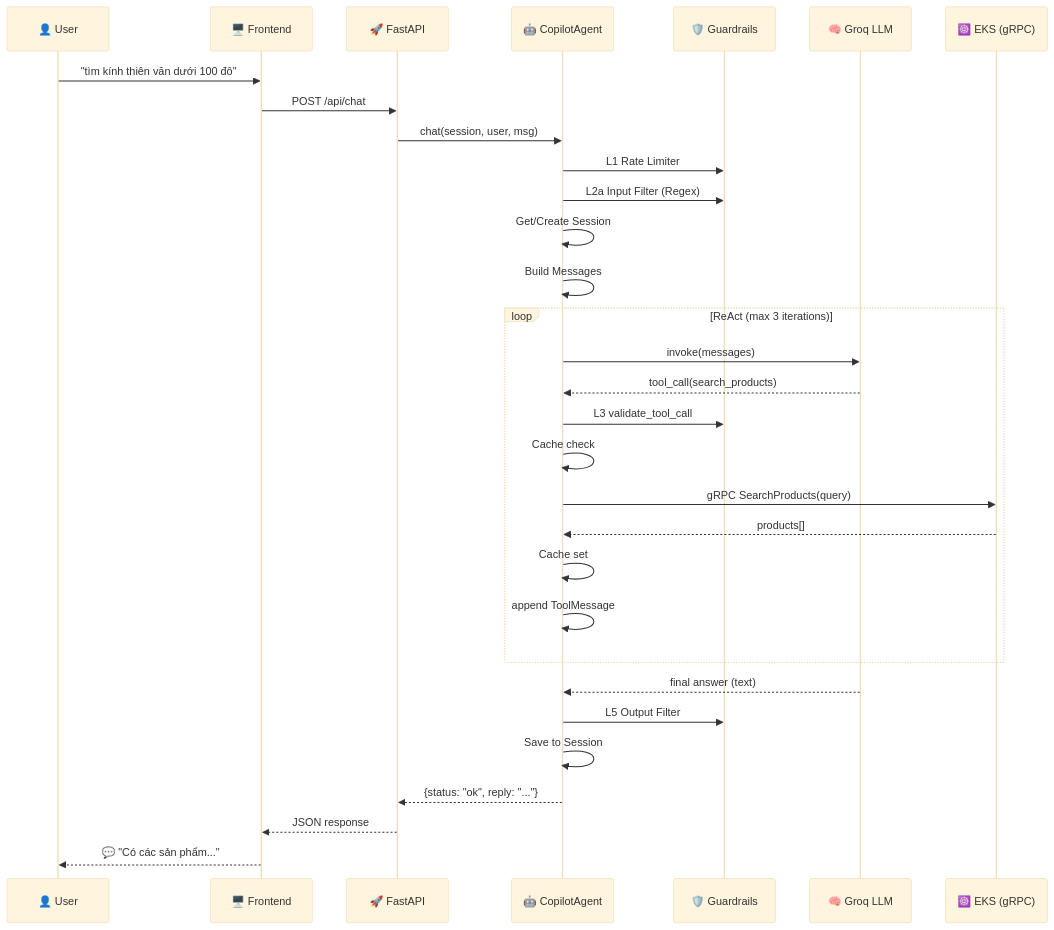
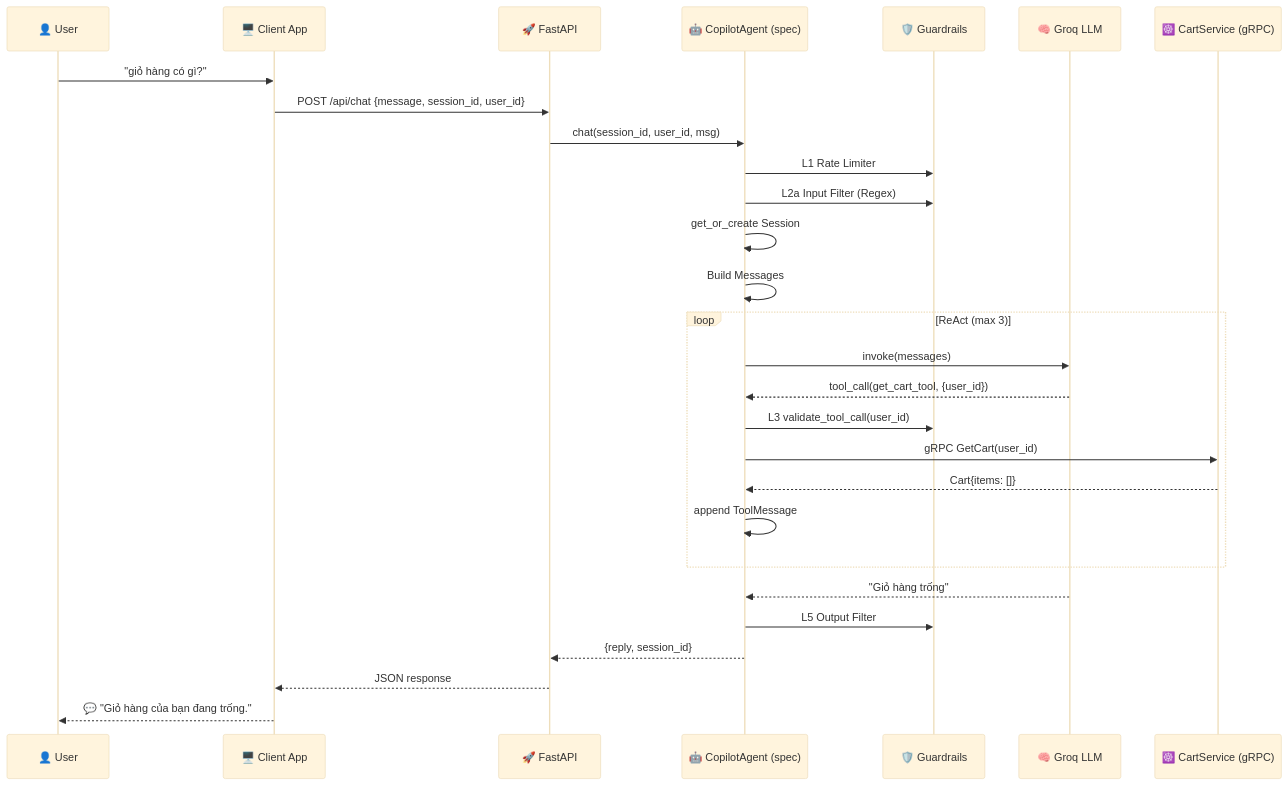
The diagram in AIE2/shopping-copilot/spec/agentic_design.md (DangThao195/AIO02_TF3_Phase3), drawn with Mermaid (base theme) before and after one commit. The commit also changed other lines of this file and 26 other files, not shown here.

````diff
--- a/AIE2/shopping-copilot/spec/agentic_design.md
+++ b/AIE2/shopping-copilot/spec/agentic_design.md
@@ -970,38 +947,34 @@
 ```mermaid
 sequenceDiagram
     participant U as 👤 User
-    participant FE as 🖥️ Frontend
+    participant FE as 🖥️ Client App
     participant API as 🚀 FastAPI
-    participant Agent as 🤖 CopilotAgent
+    participant Agent as 🤖 CopilotAgent (spec)
     participant GR as 🛡️ Guardrails
     participant LLM as 🧠 Groq LLM
-    participant EKS as ☸️ EKS (gRPC)
+    participant EKS as ☸️ CartService (gRPC)
 
-    U->>FE: "tìm kính thiên văn dưới 100 đô"
-    FE->>API: POST /api/chat
-    API->>Agent: chat(session, user, msg)
+    U->>FE: "giỏ hàng có gì?"
+    FE->>API: POST /api/chat {message, session_id, user_id}
+    API->>Agent: chat(session_id, user_id, msg)
 
     Agent->>GR: L1 Rate Limiter
     Agent->>GR: L2a Input Filter (Regex)
-    Agent->>Agent: Get/Create Session
+    Agent->>Agent: get_or_create Session
     Agent->>Agent: Build Messages
 
-    loop ReAct (max 3 iterations)
+    loop ReAct (max 3)
         Agent->>LLM: invoke(messages)
-        LLM-->>Agent: tool_call(search_products)
-        Agent->>GR: L3 validate_tool_call
-        Agent->>Agent: Cache check
-        Agent->>EKS: gRPC SearchProducts(query)
-        EKS-->>Agent: products[]
-        Agent->>Agent: Cache set
+        LLM-->>Agent: tool_call(get_cart_tool, {user_id})
+        Agent->>GR: L3 validate_tool_call(user_id)
+        Agent->>EKS: gRPC GetCart(user_id)
+        EKS-->>Agent: Cart{items: []}
         Agent->>Agent: append ToolMessage
     end
 
-    LLM-->>Agent: final answer (text)
+    LLM-->>Agent: "Giỏ hàng trống"
     Agent->>GR: L5 Output Filter
-    Agent->>Agent: Save to Session
-
-    Agent-->>API: {status: "ok", reply: "..."}
+    Agent-->>API: {reply, session_id}
     API-->>FE: JSON response
-    FE-->>U: 💬 "Có các sản phẩm..."
+    FE-->>U: 💬 "Giỏ hàng của bạn đang trống."
 ```
````
